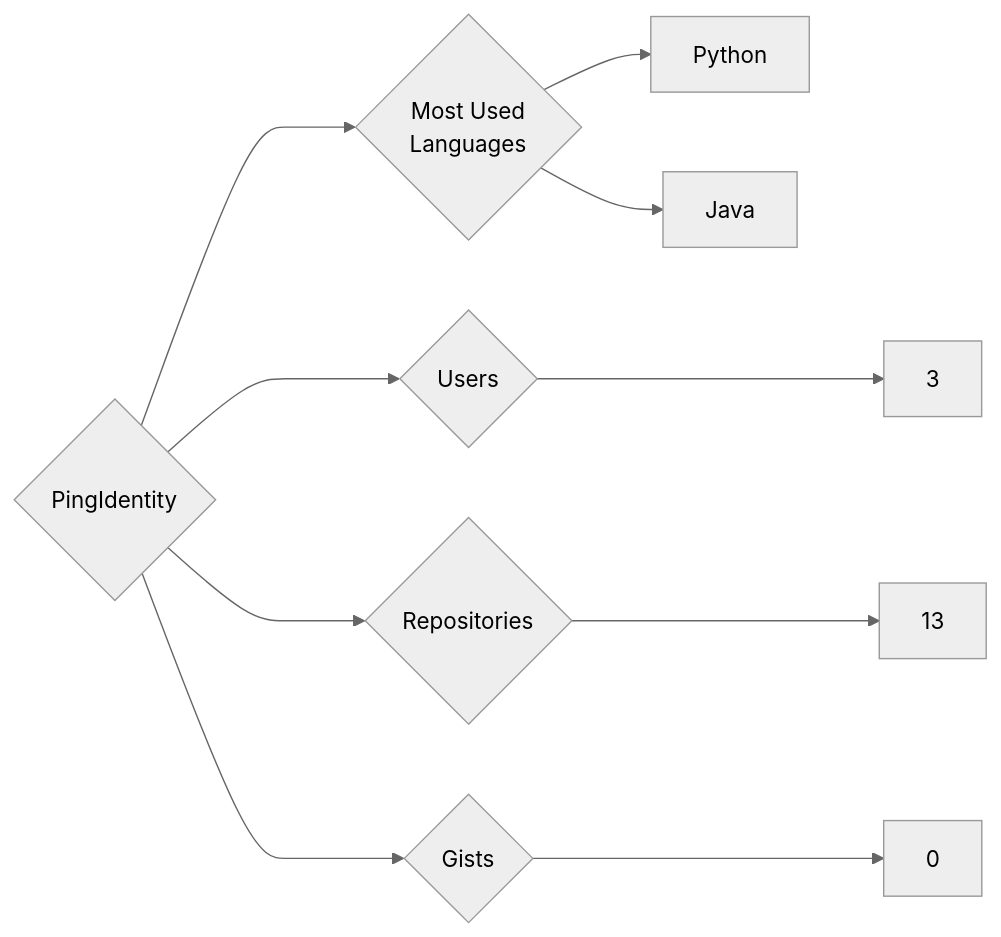
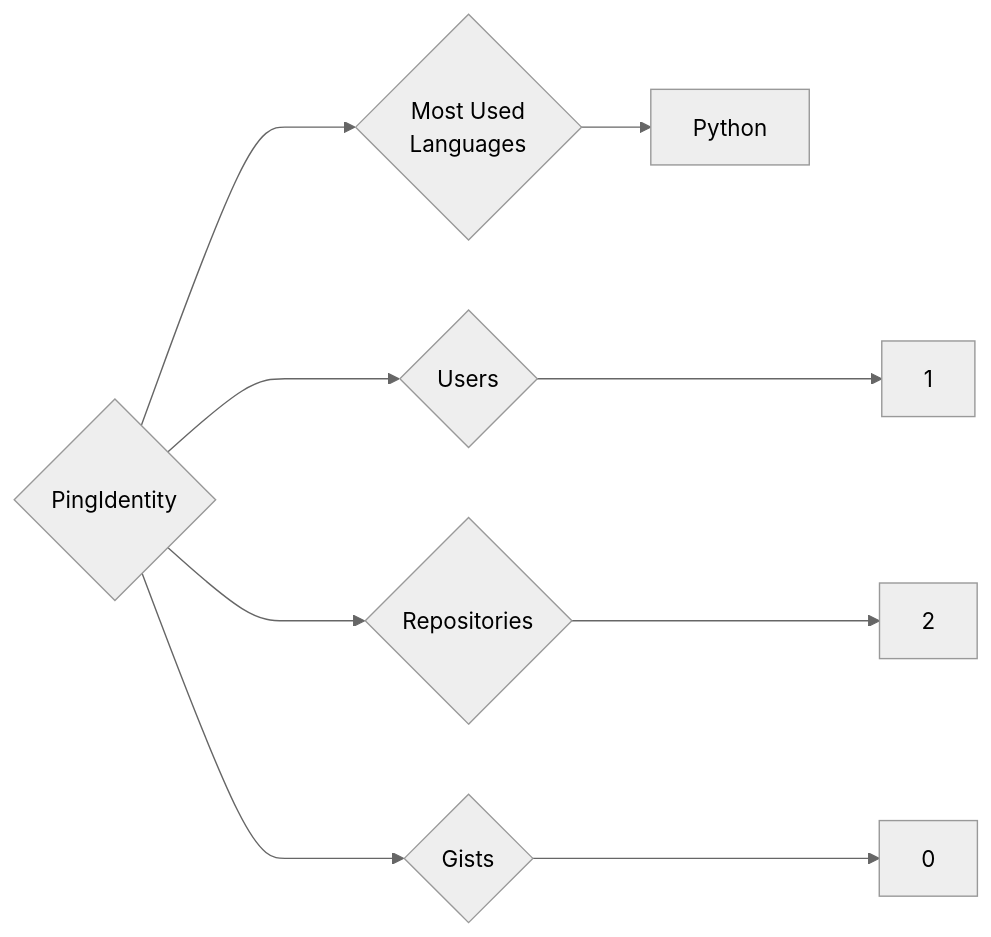
Before and after one commit to trickest/insiders: the diagram in targets/PingIdentity/README.md, drawn with Mermaid (neutral theme). The commit also changed 920 other files, not shown here.

````diff
--- a/targets/PingIdentity/README.md
+++ b/targets/PingIdentity/README.md
@@ -3,10 +3,9 @@
 ```mermaid
 graph LR
 COMPANY_NAME{PingIdentity}
-COMPANY_NAME ---> U{Users} ---> UN[3]
-COMPANY_NAME ---> R{Repositories} ---> RN[13]
+COMPANY_NAME ---> U{Users} ---> UN[1]
+COMPANY_NAME ---> R{Repositories} ---> RN[2]
 COMPANY_NAME ---> G{Gists} ---> GN[0]
 COMPANY_NAME ---> ML{Most Used<br>Languages}
 ML --> Python[Python]
-ML --> Java[Java]
 ```
````
